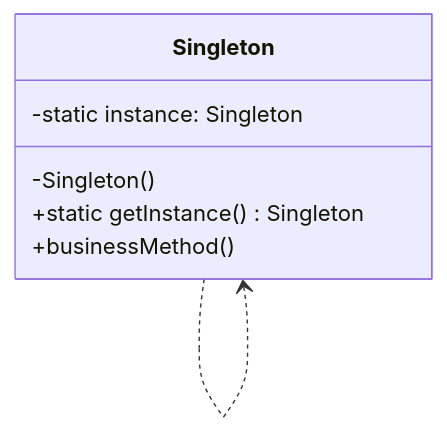
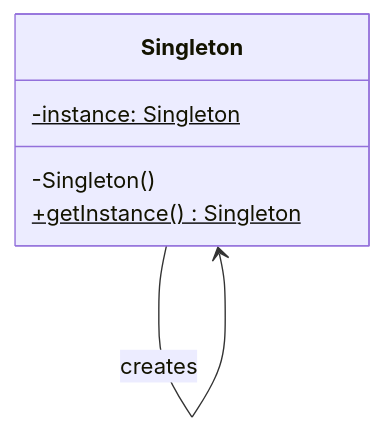
Before and after one commit to VrejHambardzumyan/DesignPatterns: the diagram in SingletonPattern.md, drawn with Mermaid.

Commit message:
SingletonPattern.md

````diff
--- a/SingletonPattern.md
+++ b/SingletonPattern.md
@@ -89,10 +89,9 @@
 ```mermaid
 classDiagram
-  class Singleton {
-        -static instance: Singleton
+    class Singleton {
+        -instance: Singleton$
         -Singleton()
-        +static getInstance() Singleton
-        +businessMethod()
+        +getInstance() Singleton$
     }
-    Singleton ..> Singleton
+    Singleton --> Singleton : creates
 ```
````
